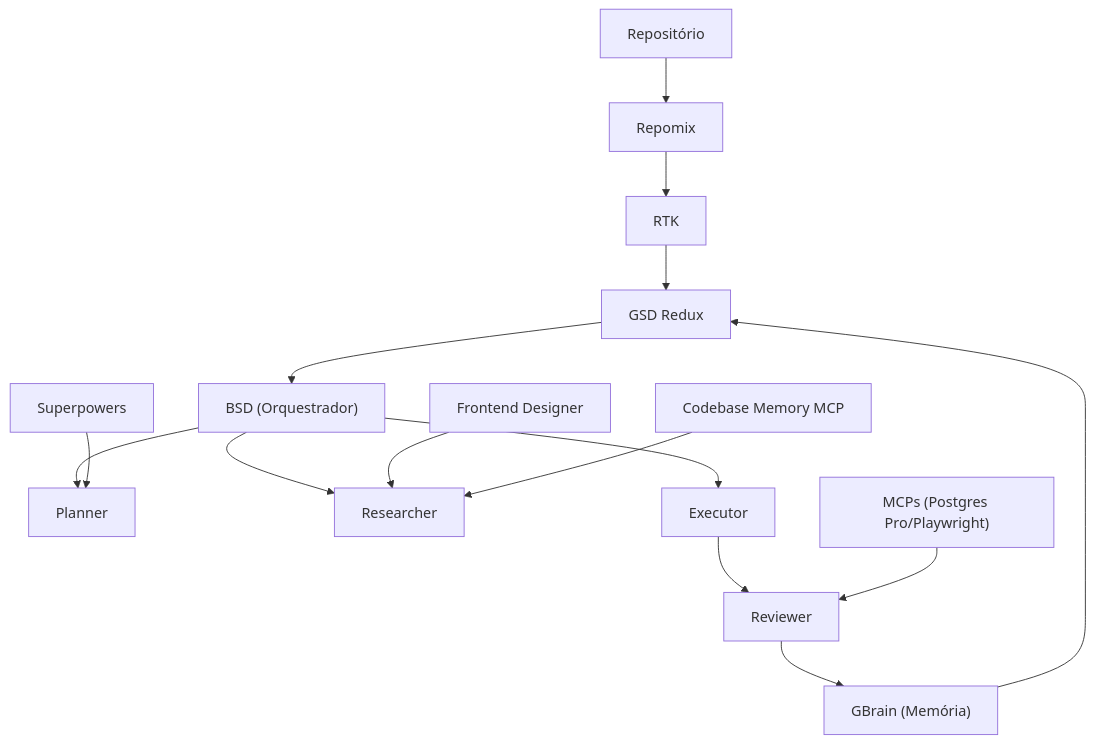
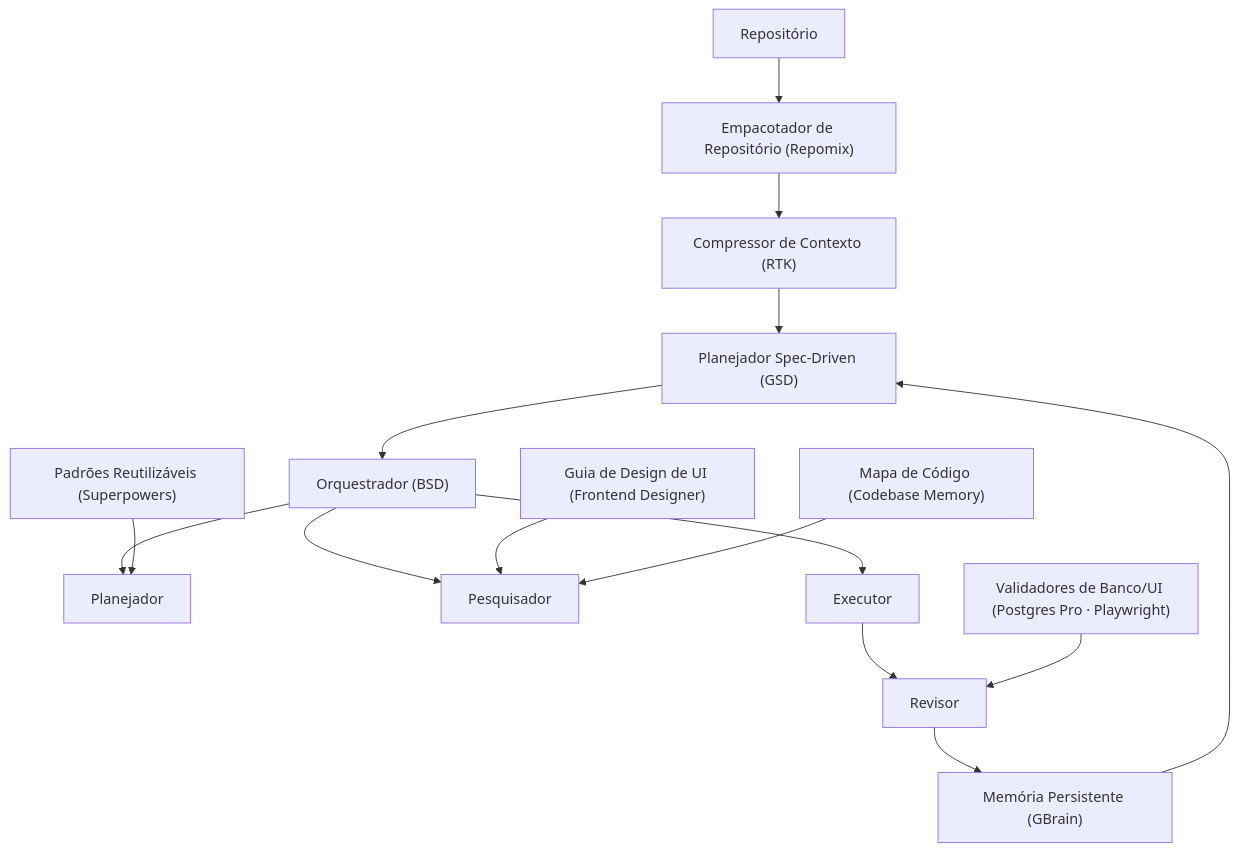
Before and after one commit to Joao-Pedro-AI-Visionary/vjp-harness: the diagram in README.md, drawn with Mermaid. The commit also changed other lines of this file and 8 other files, not shown here.

````diff
--- a/README.md
+++ b/README.md
@@ -16,17 +18,17 @@
 ```mermaid
 flowchart TD
-    Repo["Repositório"] --> Repomix["Repomix"]
-    Repomix --> RTK["RTK"]
-    RTK --> GSD["GSD Redux"]
-    GBrain["GBrain (Memória)"] --> GSD
-    GSD --> BSD["BSD (Orquestrador)"]
-    BSD --> Planner["Planner"]
-    BSD --> Researcher["Researcher"]
-    BSD --> Executor["Executor"]
-    Executor --> Reviewer["Reviewer"]
-    Reviewer --> GBrain
-    Superpowers["Superpowers"] --> Planner
-    FrontendDesigner["Frontend Designer"] --> Researcher
-    CodebaseMem["Codebase Memory MCP"] --> Researcher
-    MCPs["MCPs (Postgres Pro/Playwright)"] --> Reviewer
+    Repo["Repositório"] --> Empac["Empacotador de Repositório (Repomix)"]
+    Empac --> Compr["Compressor de Contexto (RTK)"]
+    Compr --> Plan["Planejador Spec-Driven (GSD)"]
+    Mem["Memória Persistente (GBrain)"] --> Plan
+    Plan --> Orq["Orquestrador (BSD)"]
+    Orq --> Planner["Planejador"]
+    Orq --> Researcher["Pesquisador"]
+    Orq --> Executor["Executor"]
+    Executor --> Reviewer["Revisor"]
+    Reviewer --> Mem
+    Skills["Padrões Reutilizáveis (Superpowers)"] --> Planner
+    Design["Guia de Design de UI (Frontend Designer)"] --> Researcher
+    Mapa["Mapa de Código (Codebase Memory)"] --> Researcher
+    Val["Validadores de Banco/UI (Postgres Pro · Playwright)"] --> Reviewer
 ```
````
